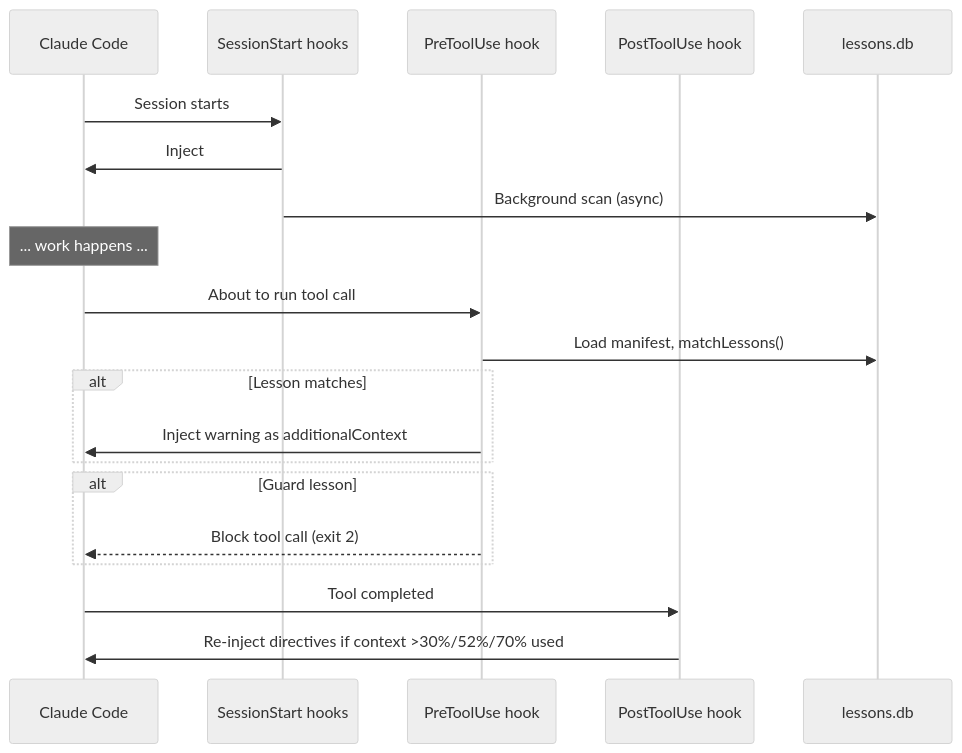
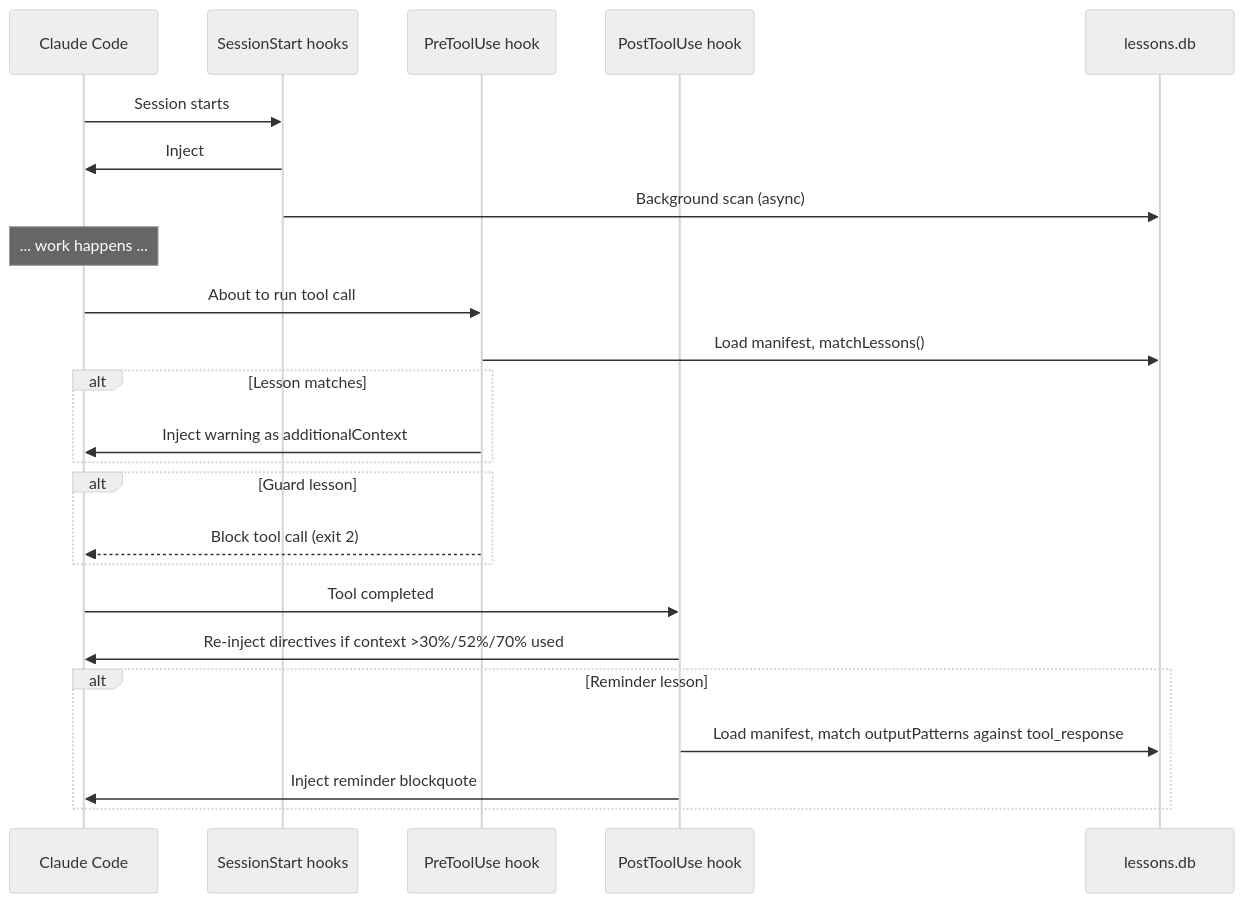
One commit to joeblackwaslike/lessons-learned changed the second of 3 diagrams in website/docs/user-guide/how-it-works.md. Above: the diagram before and after it, drawn with Mermaid (neutral theme). The commit also changed other lines of this file and 12 other files, not shown here.

Commit message:
docs: update all docs for reminder lesson type and outputPatterns field

````diff
--- a/website/docs/user-guide/how-it-works.md
+++ b/website/docs/user-guide/how-it-works.md
@@ -40,25 +40,29 @@
 ```mermaid
 sequenceDiagram
     participant C as Claude Code
     participant SS as SessionStart hooks
     participant PT as PreToolUse hook
     participant PO as PostToolUse hook
     participant DB as lessons.db
 
     C->>SS: Session starts
     SS->>C: Inject #lesson protocol + directives
     SS->>DB: Background scan (async)
 
     Note over C: ... work happens ...
 
     C->>PT: About to run tool call
     PT->>DB: Load manifest, matchLessons()
     alt Lesson matches
         PT->>C: Inject warning as additionalContext
     end
     alt Guard lesson
         PT-->>C: Block tool call (exit 2)
     end
     C->>PO: Tool completed
     PO->>C: Re-inject directives if context >30%/52%/70% used
+    alt Reminder lesson
+        PO->>DB: Load manifest, match outputPatterns against tool_response
+        PO->>C: Inject reminder blockquote
+    end
 ```
````
